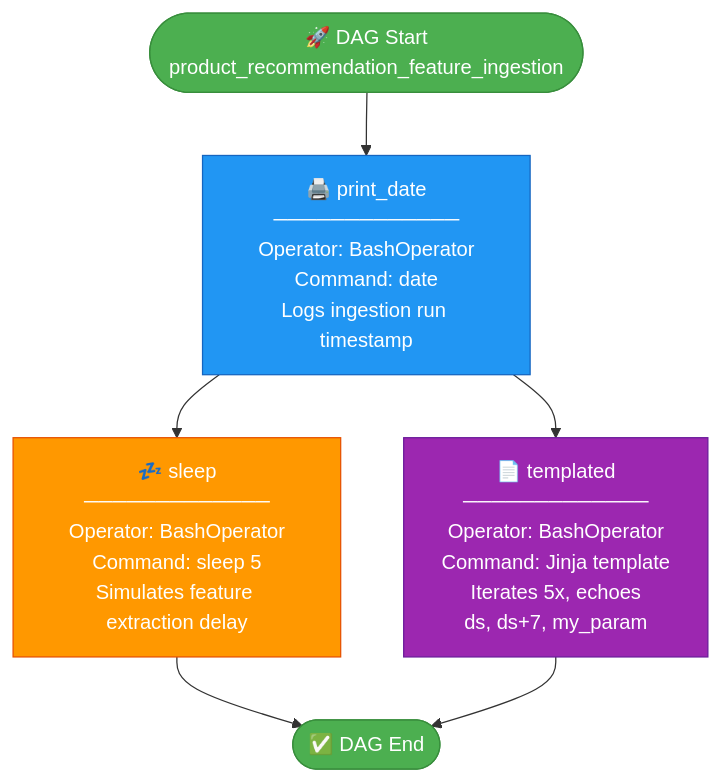
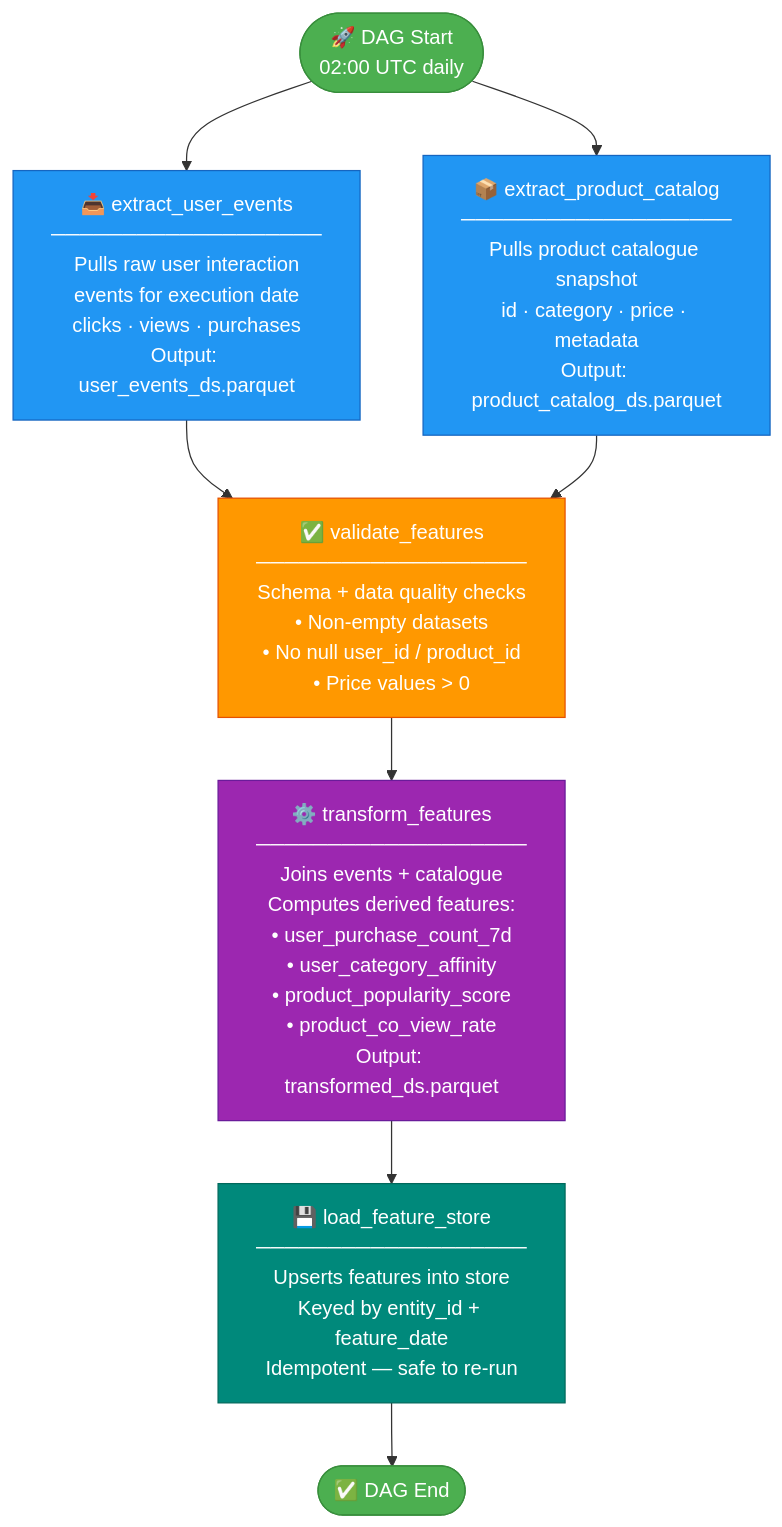
The first of 4 diagrams in docs/product_recs_feature_design.md (devasthali-os/lamatola-ETL), drawn with Mermaid before and after one commit. The commit also changed other lines of this file and 5 other files, not shown here.

````diff
--- a/docs/product_recs_feature_design.md
+++ b/docs/product_recs_feature_design.md
@@ -20,24 +22,31 @@
 ```mermaid
 flowchart TD
-    A([🚀 DAG Start\nproduct_recommendation_feature_ingestion]) --> T1
+    A([🚀 DAG Start\n02:00 UTC daily]) --> T1 & T2
 
-    T1["🖨️ print_date\n─────────────\nOperator: BashOperator\nCommand: date\nLogs ingestion run timestamp"]
+    T1["📥 extract_user_events\n───────────────────\nPulls raw user interaction\nevents for execution date\nclicks · views · purchases\nOutput: user_events_ds.parquet"]
 
-    T1 --> T2
+    T2["📦 extract_product_catalog\n───────────────────\nPulls product catalogue snapshot\nid · category · price · metadata\nOutput: product_catalog_ds.parquet"]
+
     T1 --> T3
+    T2 --> T3
 
-    T2["💤 sleep\n─────────────\nOperator: BashOperator\nCommand: sleep 5\nSimulates feature extraction delay"]
+    T3["✅ validate_features\n───────────────────\nSchema + data quality checks\n• Non-empty datasets\n• No null user_id / product_id\n• Price values > 0"]
 
-    T3["📄 templated\n─────────────\nOperator: BashOperator\nCommand: Jinja template\nIterates 5x, echoes\nds, ds+7, my_param"]
+    T3 --> T4
 
-    T2 --> END
-    T3 --> END
+    T4["⚙️ transform_features\n───────────────────\nJoins events + catalogue\nComputes derived features:\n• user_purchase_count_7d\n• user_category_affinity\n• product_popularity_score\n• product_co_view_rate\nOutput: transformed_ds.parquet"]
 
-    END([✅ DAG End])
+    T4 --> T5
 
-    style A fill:#4CAF50,color:#fff,stroke:#388E3C
-    style T1 fill:#2196F3,color:#fff,stroke:#1565C0
-    style T2 fill:#FF9800,color:#fff,stroke:#E65100
-    style T3 fill:#9C27B0,color:#fff,stroke:#6A1B9A
-    style END fill:#4CAF50,color:#fff,stroke:#388E3C
+    T5["💾 load_feature_store\n───────────────────\nUpserts features into store\nKeyed by entity_id + feature_date\nIdempotent — safe to re-run"]
+
+    T5 --> END([✅ DAG End])
+
+    style A    fill:#4CAF50,color:#fff,stroke:#388E3C
+    style T1   fill:#2196F3,color:#fff,stroke:#1565C0
+    style T2   fill:#2196F3,color:#fff,stroke:#1565C0
+    style T3   fill:#FF9800,color:#fff,stroke:#E65100
+    style T4   fill:#9C27B0,color:#fff,stroke:#6A1B9A
+    style T5   fill:#00897B,color:#fff,stroke:#00695C
+    style END  fill:#4CAF50,color:#fff,stroke:#388E3C
 ```
````
